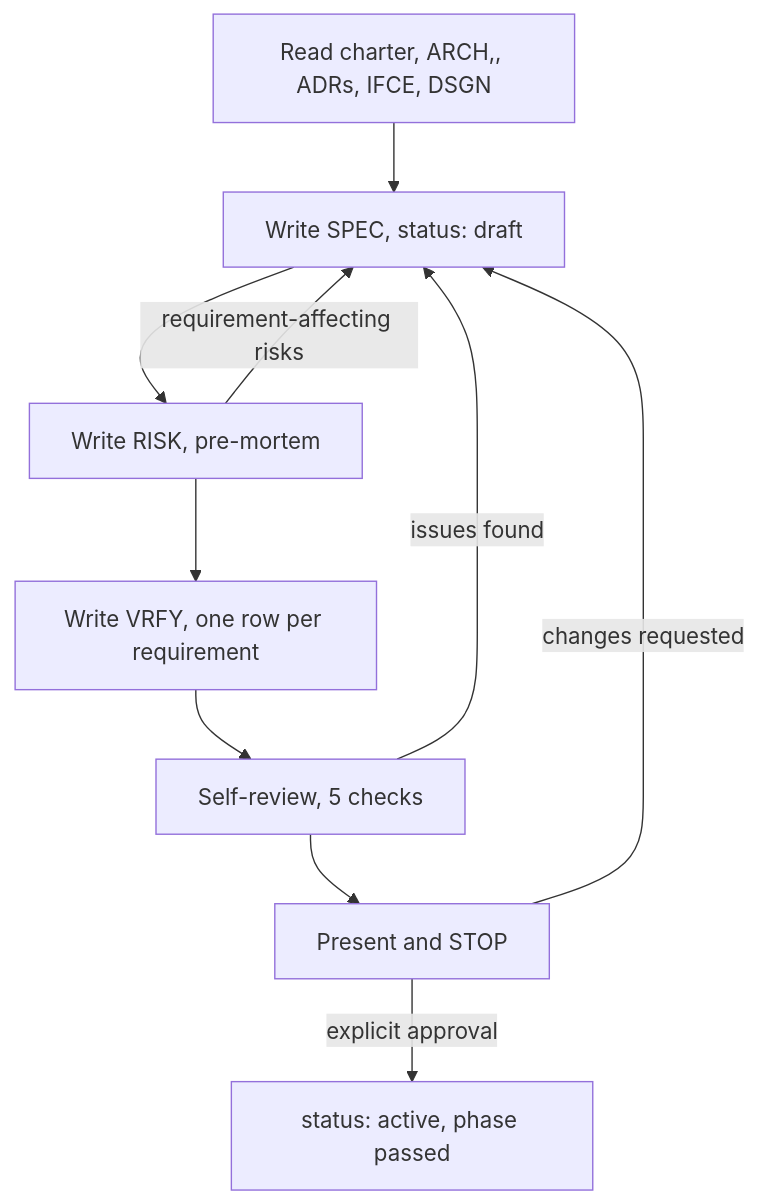
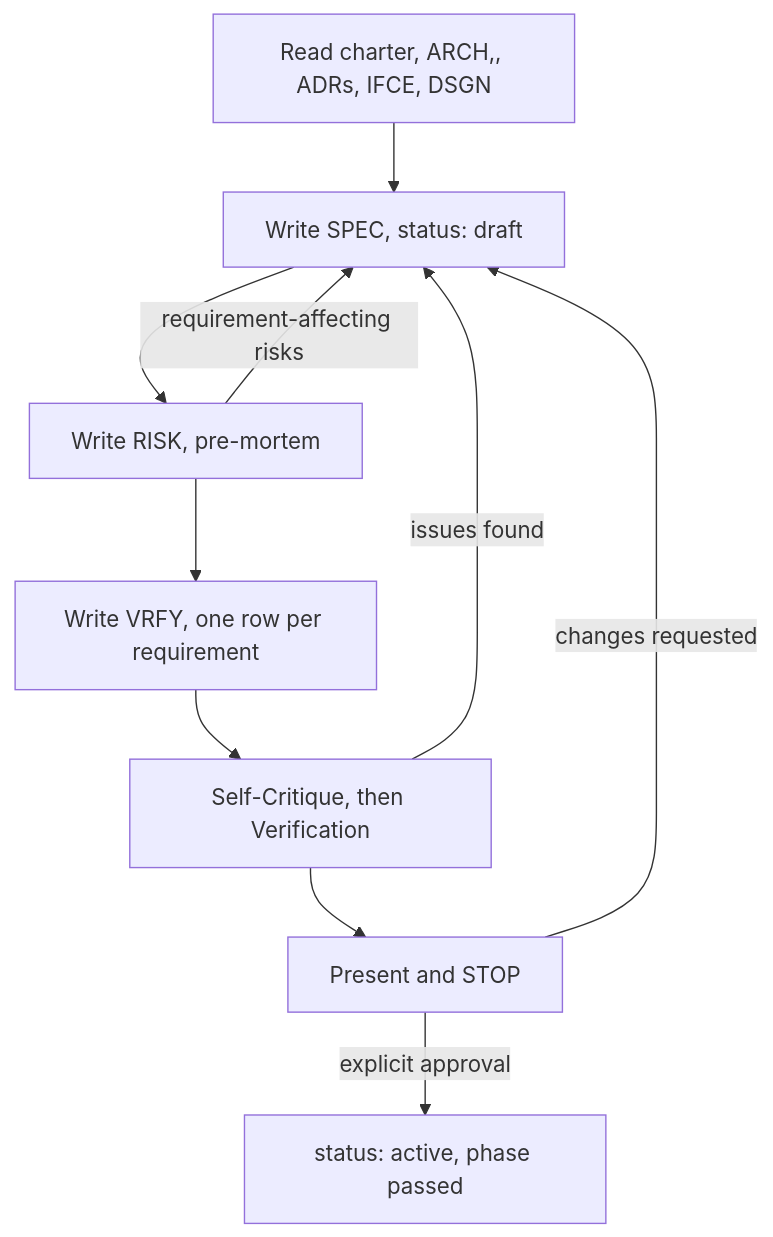
One commit to Atri10/executor changed the diagram in skills/executor-spec/SKILL.md. Above: the diagram before and after it, drawn with Mermaid. The commit also changed other lines of this file and 35 other files, not shown here.

````diff
--- a/skills/executor-spec/SKILL.md
+++ b/skills/executor-spec/SKILL.md
@@ -91,12 +99,12 @@
 ```mermaid
 flowchart TB
     IN["Read charter, ARCH,, ADRs, IFCE, DSGN"] --> SP["Write SPEC, status: draft"]
     SP --> RK["Write RISK, pre-mortem"]
     RK -->|"requirement-affecting risks"| SP
     RK --> VF["Write VRFY, one row per requirement"]
-    VF --> SR["Self-review, 5 checks"]
+    VF --> SR["Self-Critique, then Verification"]
     SR -->|"issues found"| SP
     SR --> GA["Present and STOP"]
     GA -->|"changes requested"| SP
     GA -->|"explicit approval"| PS["status: active, phase passed"]
 ```
````
